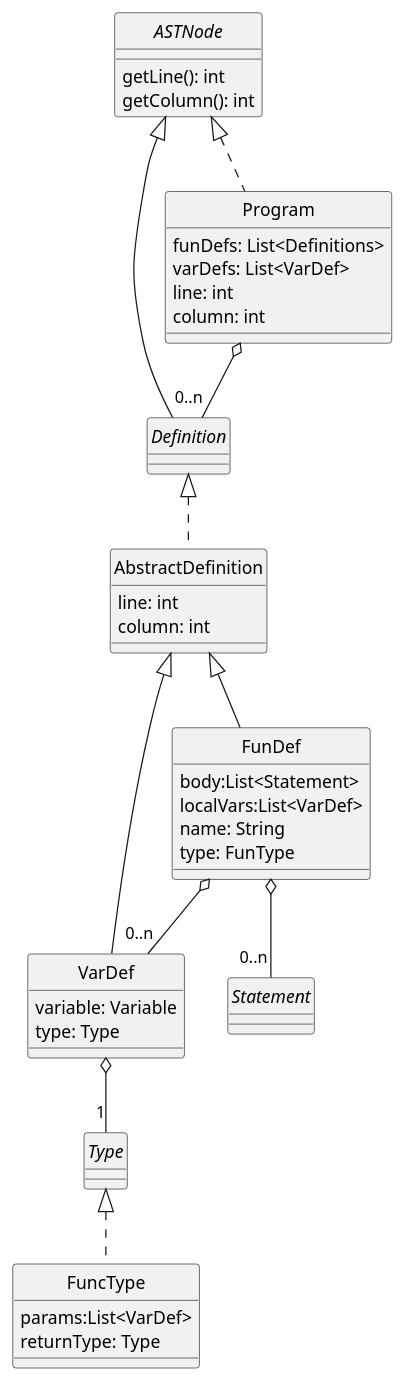
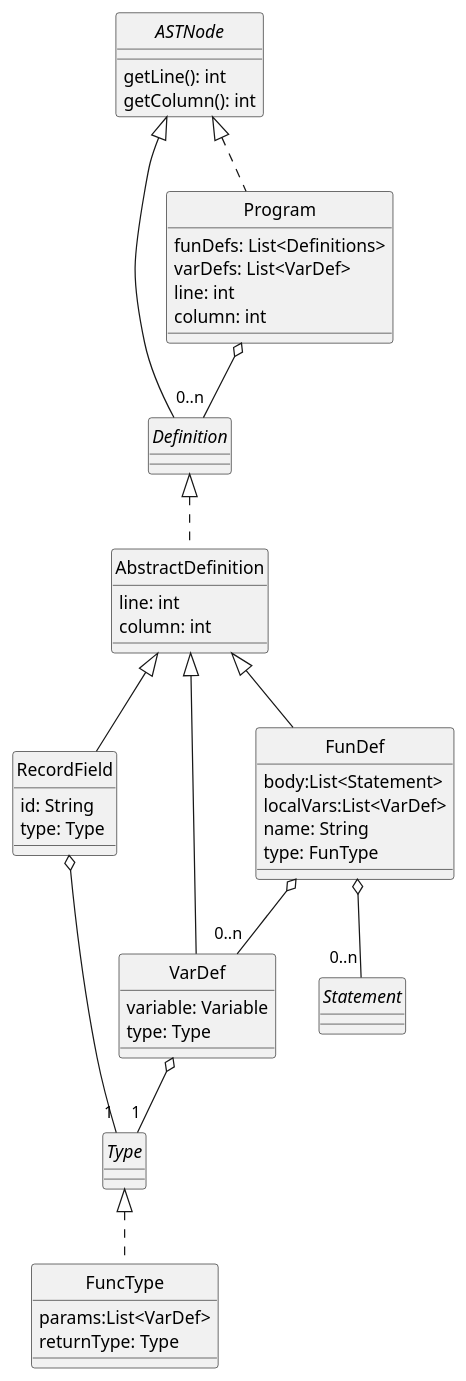
The diagram in docs/diagrams/program.plantuml (uo277516/dlp-compiler), drawn with PlantUML before and after one commit. The commit also changed 13 other files, not shown here.

Commit message:
Diagramas actualizados

```diff
--- a/docs/diagrams/program.plantuml
+++ b/docs/diagrams/program.plantuml
@@ -1,65 +1,74 @@
 @startuml Program
 skinparam style strictuml
 skinparam monochrome true
 
 
 interface ASTNode {
     getLine(): int
     getColumn(): int
 }
 
 class AbstractDefinition {
     line: int
     column: int
+}
+
+class RecordField {
+    id: String
+    type: Type
 }
 
 
 interface Statement
 interface Definition
 
 Definition <|.. AbstractDefinition
 
 class VarDef {
     variable: Variable
     type: Type
 }
 
 class FunDef {
     body:List<Statement>
     localVars:List<VarDef>
     name: String
     type: FunType
 }
 
 class FuncType {
     params:List<VarDef>
     returnType: Type
 }
 
 
 FunDef o-- "0..n" Statement
 Type <|.. FuncType
 
 interface Type
 
 
 
 class Program {
     funDefs: List<Definitions>
     varDefs: List<VarDef>
     line: int
     column: int
 }
 
 ASTNode <|.. Program
 Program  o-- "0..n" Definition
 ASTNode <|-- Definition
 
 AbstractDefinition <|-- VarDef
 AbstractDefinition <|-- FunDef
+AbstractDefinition <|-- RecordField
+
 FunDef o-- "0..n" VarDef
 VarDef o-- "1" Type
+RecordField o-- "1" Type
+
 
 
 
 @enduml
```
